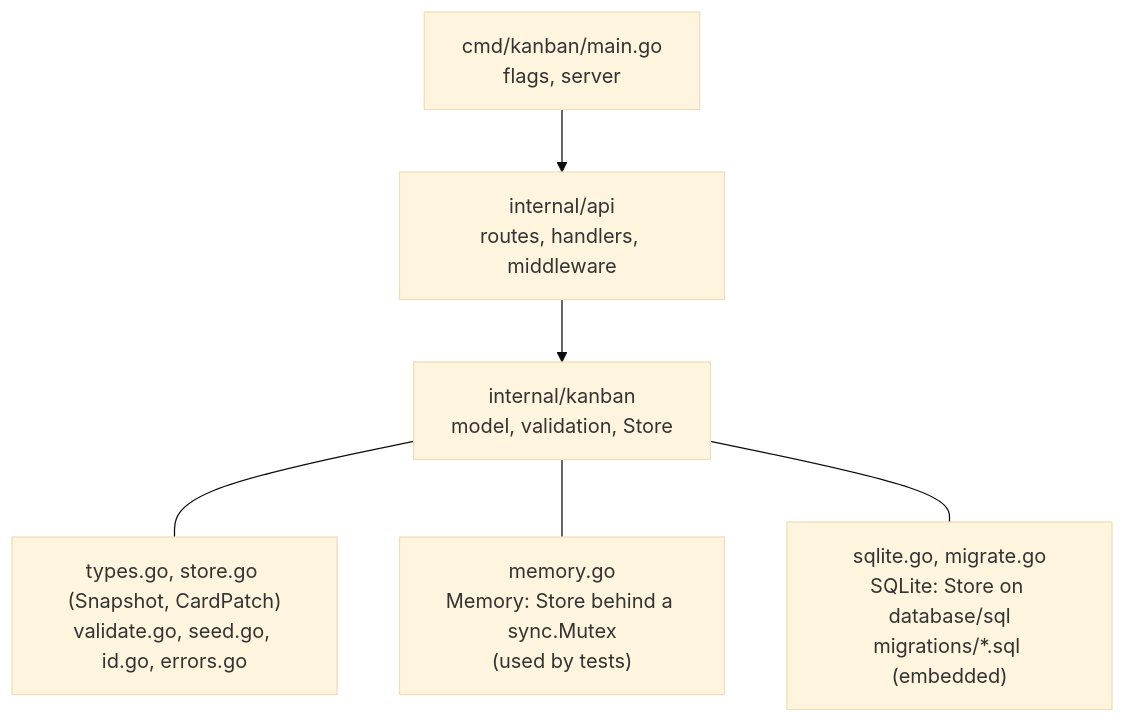
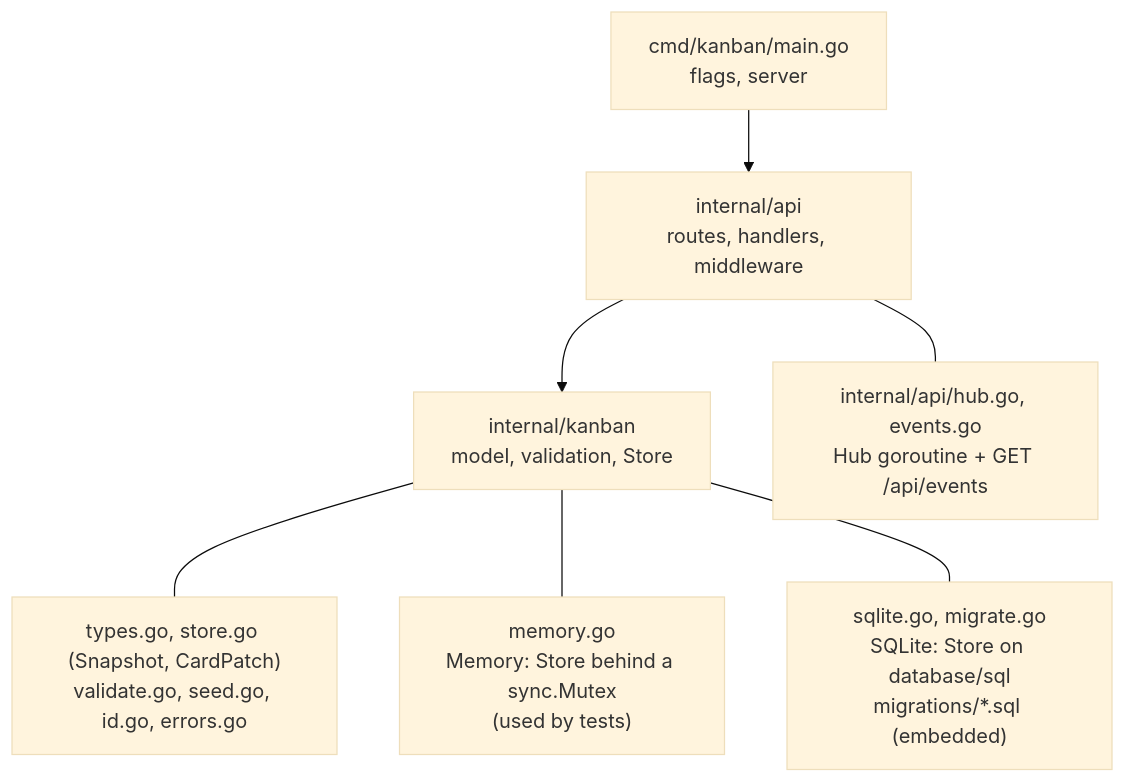
Diagram 13 of 17 in docs/architecture.md (0quasarquantum0/Kanban_Vue), drawn with Mermaid (base theme) before and after one commit. The commit also changed other lines of this file and 16 other files, not shown here.

````diff
--- a/docs/architecture.md
+++ b/docs/architecture.md
@@ -366,8 +368,9 @@
 ```mermaid
 flowchart TD
   main["cmd/kanban/main.go<br/>flags, server"] --> api["internal/api<br/>routes, handlers, middleware"]
   api --> kanban["internal/kanban<br/>model, validation, Store"]
   kanban --- types["types.go, store.go (Snapshot, CardPatch)<br/>validate.go, seed.go, id.go, errors.go"]
   kanban --- mem["memory.go<br/>Memory: Store behind a sync.Mutex<br/>(used by tests)"]
+  api --- hub["internal/api/hub.go, events.go<br/>Hub goroutine + GET /api/events"]
   kanban --- sql["sqlite.go, migrate.go<br/>SQLite: Store on database/sql<br/>migrations/*.sql (embedded)"]
 ```
````
